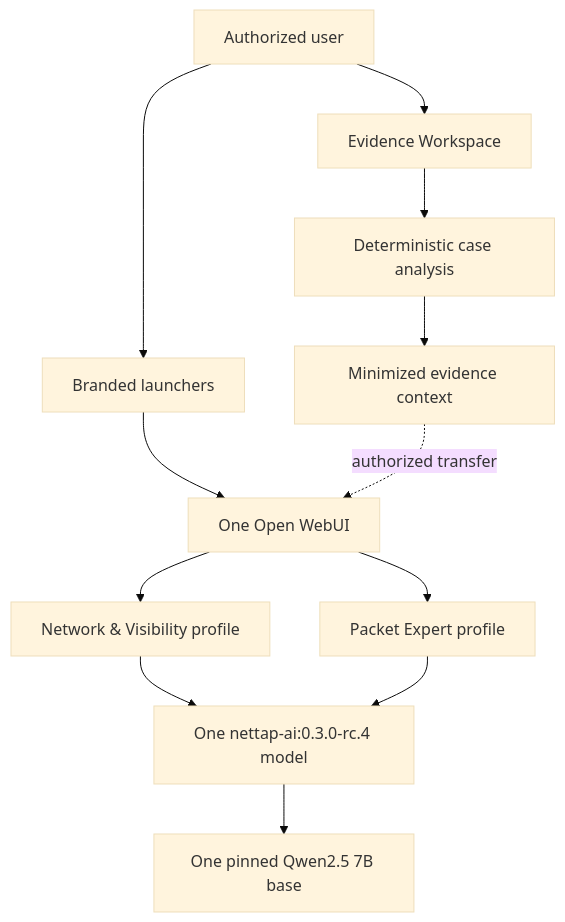
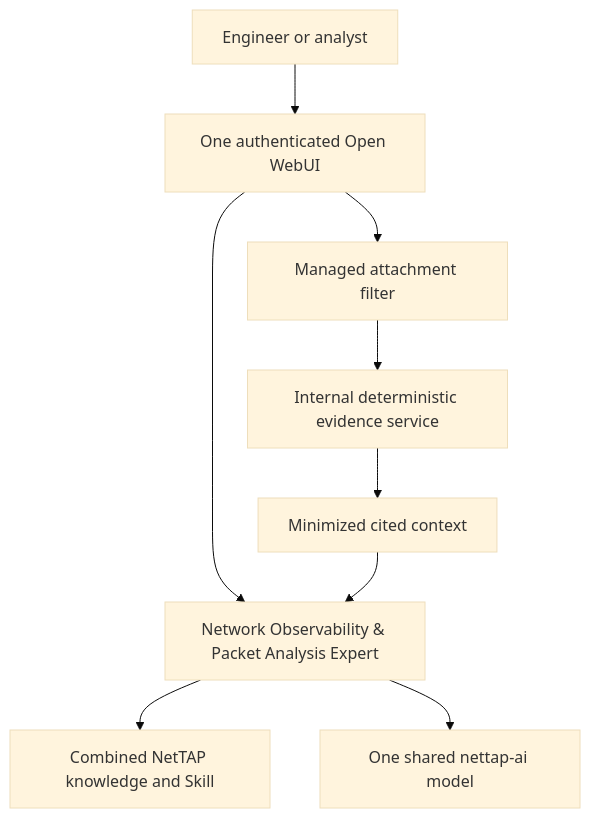
The diagram in README.md (mpdwyer2367/nettap-packet-expert), drawn with Mermaid (base theme) before and after one commit. The commit also changed other lines of this file and 97 other files, not shown here.

First line of the commit message:
Unify NetTAP observability and packet analysis UI

````diff
--- a/README.md
+++ b/README.md
@@ -20,14 +9,11 @@
 ```mermaid
-flowchart TB
-    U["Authorized user"] --> L["Branded launchers"]
-    L --> W["One Open WebUI"]
-    W --> V["Network & Visibility profile"]
-    W --> P["Packet Expert profile"]
-    V --> N["One nettap-ai:0.3.0-rc.4 model"]
-    P --> N
-    N --> Q["One pinned Qwen2.5 7B base"]
-    U --> E["Evidence Workspace"]
-    E --> D["Deterministic case analysis"]
-    D --> X["Minimized evidence context"]
-    X -. "authorized transfer" .-> W
+flowchart TD
+    U["Engineer or analyst"] --> W["One authenticated Open WebUI"]
+    W --> A["Network Observability & Packet Analysis Expert"]
+    A --> K["Combined NetTAP knowledge and Skill"]
+    A --> M["One shared nettap-ai model"]
+    W --> F["Managed attachment filter"]
+    F --> E["Internal deterministic evidence service"]
+    E --> C["Minimized cited context"]
+    C --> A
 ```
````
